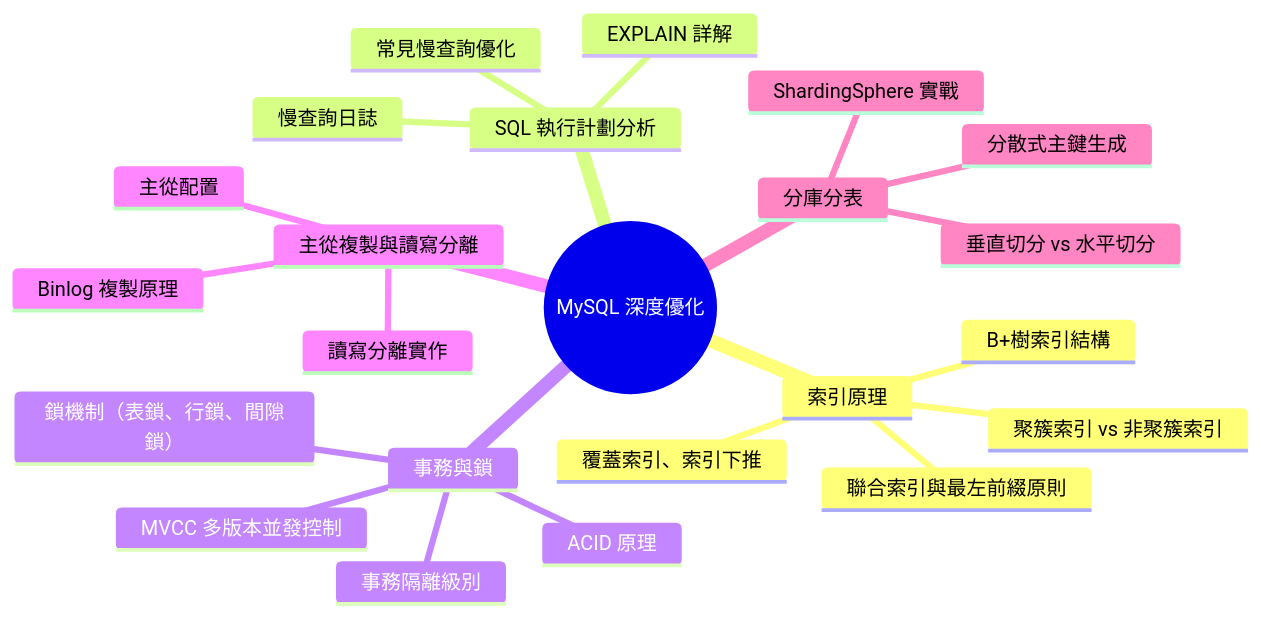
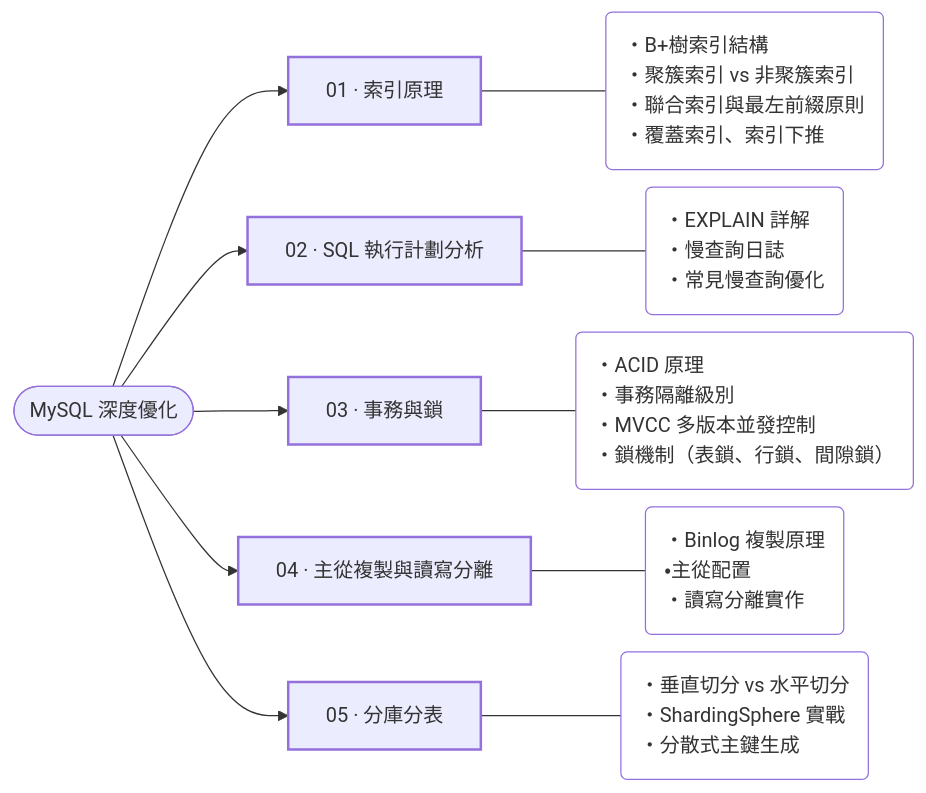
Before and after one commit to AnthonyFuFu/StudyNotes: the diagram in docs/data/mysql/index.md, drawn with Mermaid. The commit also changed other lines of this file and 43 other files, not shown here.

````diff
--- a/docs/data/mysql/index.md
+++ b/docs/data/mysql/index.md
@@ -13,26 +13,29 @@
 ``` mermaid
-mindmap
-  root((MySQL 深度優化))
-    索引原理
-      B+樹索引結構
-      聚簇索引 vs 非聚簇索引
-      聯合索引與最左前綴原則
-      覆蓋索引、索引下推
-    SQL 執行計劃分析
-      EXPLAIN 詳解
-      慢查詢日誌
-      常見慢查詢優化
-    事務與鎖
-      ACID 原理
-      事務隔離級別
-      MVCC 多版本並發控制
-      鎖機制（表鎖、行鎖、間隙鎖）
-    主從複製與讀寫分離
-      Binlog 複製原理
-      主從配置
-      讀寫分離實作
-    分庫分表
-      垂直切分 vs 水平切分
-      ShardingSphere 實戰
-      分散式主鍵生成
+%%{init: {"flowchart": {"nodeSpacing": 14, "rankSpacing": 36, "wrappingWidth": 420}}}%%
+flowchart LR
+    R(["MySQL 深度優化"])
+    c0["01 · 索引原理"]
+    R --> c0
+    p0("・B+樹索引結構<br>・聚簇索引 vs 非聚簇索引<br>・聯合索引與最左前綴原則<br>・覆蓋索引、索引下推")
+    c0 --- p0
+    c1["02 · SQL 執行計劃分析"]
+    R --> c1
+    p1("・EXPLAIN 詳解<br>・慢查詢日誌<br>・常見慢查詢優化")
+    c1 --- p1
+    c2["03 · 事務與鎖"]
+    R --> c2
+    p2("・ACID 原理<br>・事務隔離級別<br>・MVCC 多版本並發控制<br>・鎖機制（表鎖、行鎖、間隙鎖）")
+    c2 --- p2
+    c3["04 · 主從複製與讀寫分離"]
+    R --> c3
+    p3("・Binlog 複製原理<br>・主從配置<br>・讀寫分離實作")
+    c3 --- p3
+    c4["05 · 分庫分表"]
+    R --> c4
+    p4("・垂直切分 vs 水平切分<br>・ShardingSphere 實戰<br>・分散式主鍵生成")
+    c4 --- p4
+    classDef chapter stroke-width:2px
+    classDef points fill:transparent,text-align:left
+    class c0,c1,c2,c3,c4 chapter
+    class p0,p1,p2,p3,p4 points
 ```
````
